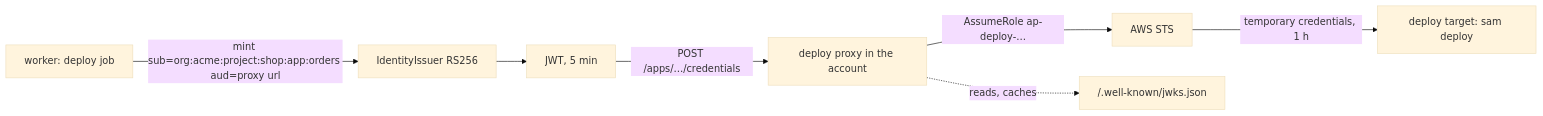
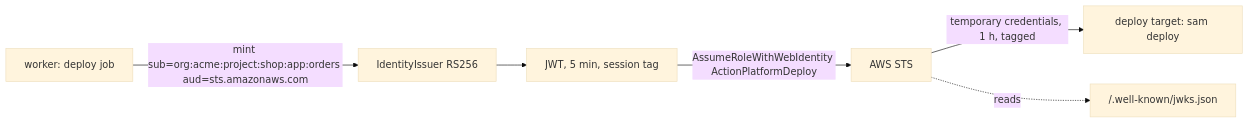
Before and after one commit to actionplatform/action-platform: the first of 2 diagrams in docs/concept_identity.md, drawn with Mermaid (base theme). The commit also changed other lines of this file and 8 other files, not shown here.

First line of the commit message:
docs: a connected AWS account replaces the deploy proxy

````diff
--- a/docs/concept_identity.md
+++ b/docs/concept_identity.md
@@ -5,9 +5,8 @@
 ```mermaid
 flowchart LR
-    W[worker: deploy job] -->|mint sub=org:acme:project:shop:app:orders aud=proxy url| I[IdentityIssuer RS256]
-    I --> T[JWT, 5 min]
-    T -->|POST /apps/…/credentials| X[deploy proxy in the account]
-    X -->|AssumeRole ap-deploy-…| STS[AWS STS]
-    STS -->|temporary credentials, 1 h| P[deploy target: sam deploy]
-    X -.->|reads, caches| K["/.well-known/jwks.json"]
+    W[worker: deploy job] -->|mint sub=org:acme:project:shop:app:orders aud=sts.amazonaws.com| I[IdentityIssuer RS256]
+    I --> T[JWT, 5 min, session tag]
+    T -->|AssumeRoleWithWebIdentity ActionPlatformDeploy| STS[AWS STS]
+    STS -->|temporary credentials, 1 h, tagged| P[deploy target: sam deploy]
+    STS -.->|reads| K["/.well-known/jwks.json"]
 ```
````
